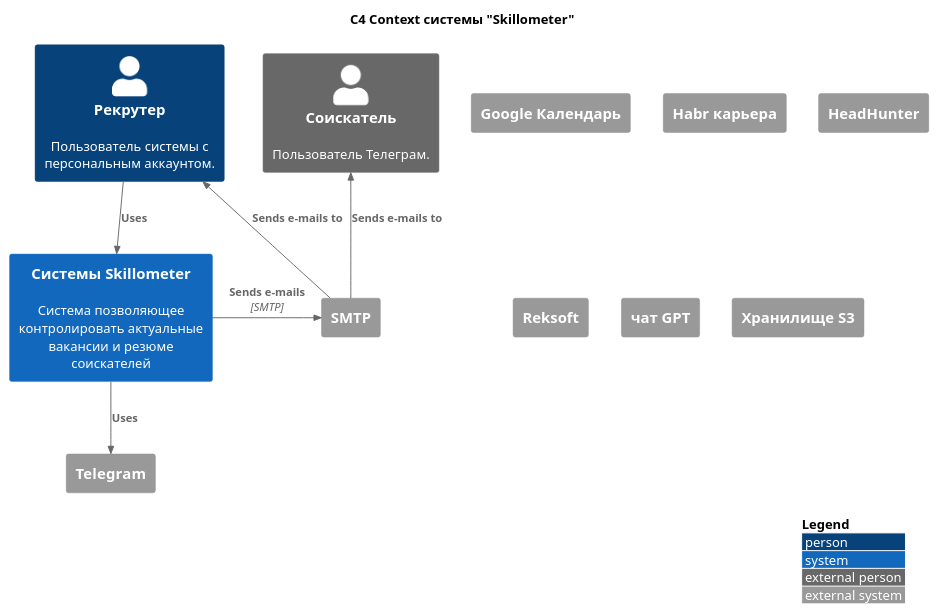
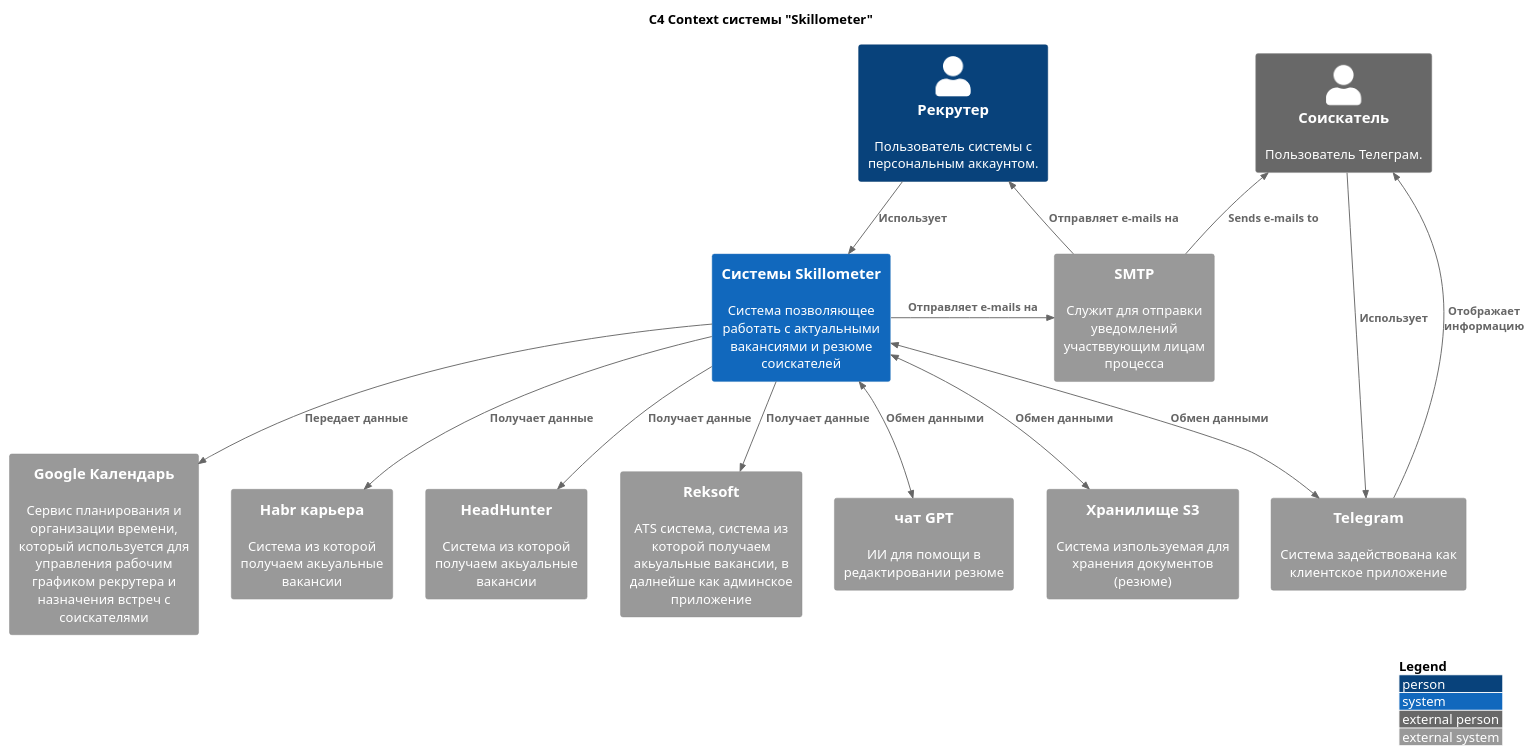
Before and after one commit to idev-present/skillometer: the diagram in docs/architecture/C4/C4_context.puml, drawn with PlantUML. The commit also changed 1 other file, not shown here.

```diff
--- a/docs/architecture/C4/C4_context.puml
+++ b/docs/architecture/C4/C4_context.puml
@@ -1,28 +1,37 @@
 @startuml
 !include https://raw.githubusercontent.com/plantuml-stdlib/C4-PlantUML/master/C4_Context.puml
 ' uncomment the following line and comment the first to use locally
 ' !include C4_Context.puml
 
 LAYOUT_WITH_LEGEND()
 
 title C4 Context системы "Skillometer"
 
 Person(customer, "Рекрутер", "Пользователь системы с персональным аккаунтом.")
 Person_Ext(user, "Соискатель", "Пользователь Телеграм.")
-System(skillometer_system, "Системы Skillometer", "Система позволяющее контролировать актуальные вакансии и резюме соискателей")
+System(skillometer_system, "Системы Skillometer", "Система позволяющее работать с актуальными вакансиями и резюме соискателей")
 
-System_Ext(mail_system, "SMTP", "")
-System_Ext(сlient_application, "Telegram", "")
-System_Ext(google, "Google Календарь", "")
-System_Ext(habr, "Habr карьера", "")
-System_Ext(headhunter, "HeadHunter", "")
-System_Ext(reksoft, "Reksoft", "")
-System_Ext(gpt, "чат GPT", "")
-System_Ext(s3, "Хранилище S3", "")
+System_Ext(smtp, "SMTP", "Служит для отправки уведомлений участввующим лицам процесса")
+System_Ext(telegram, "Telegram", "Система задействована как клиентское приложение")
+System_Ext(google, "Google Календарь", "Сервис планирования и организации времени, который используется для управления рабочим графиком рекрутера и назначения встреч с соискателями")
+System_Ext(habr, "Habr карьера", "Система из которой получаем акьуальные вакансии")
+System_Ext(headhunter, "HeadHunter", "Система из которой получаем акьуальные вакансии")
+System_Ext(reksoft, "Reksoft", "ATS система, система из которой получаем акьуальные вакансии, в далнейше как админское приложение")
+System_Ext(gpt, "чат GPT", "ИИ для помощи в редактировании резюме")
+System_Ext(s3, "Хранилище S3", "Система изпользуемая для хранения документов (резюме)")
 
-Rel(customer, skillometer_system, "Uses")
-Rel_Back(customer, mail_system, "Sends e-mails to")
-Rel_Back(user, mail_system, "Sends e-mails to")
-Rel_Neighbor(skillometer_system, mail_system, "Sends e-mails", "SMTP")
-Rel(skillometer_system, сlient_application, "Uses")
+
+Rel(customer, skillometer_system, "Использует")
+Rel_Back(customer, smtp, "Отправляет e-mails на")
+Rel_Back(user, smtp, "Sends e-mails to")
+Rel_Neighbor(skillometer_system, smtp, "Отправляет e-mails на")
+BiRel(skillometer_system, telegram, "Обмен данными")
+Rel(user, telegram, "Использует")
+Rel_Back(user, telegram, "Отображает информацию")
+Rel(skillometer_system, habr, "Получает данные")
+Rel(skillometer_system, headhunter, "Получает данные")
+Rel(skillometer_system, reksoft, "Получает данные")
+Rel(skillometer_system, google, "Передает данные")
+BiRel(skillometer_system, gpt, "Обмен данными")
+BiRel(skillometer_system, s3, "Обмен данными")
 @enduml
```
